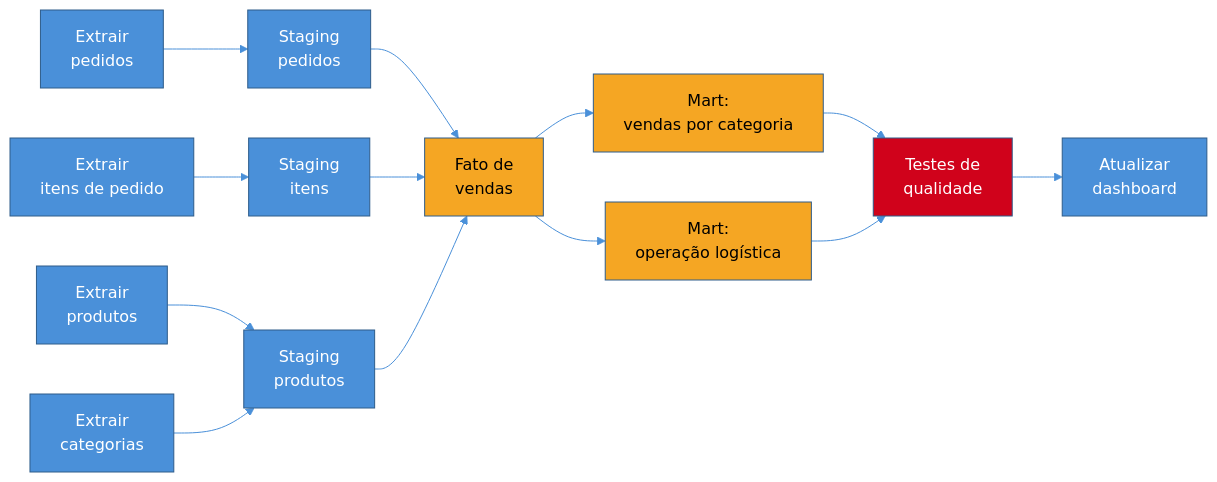
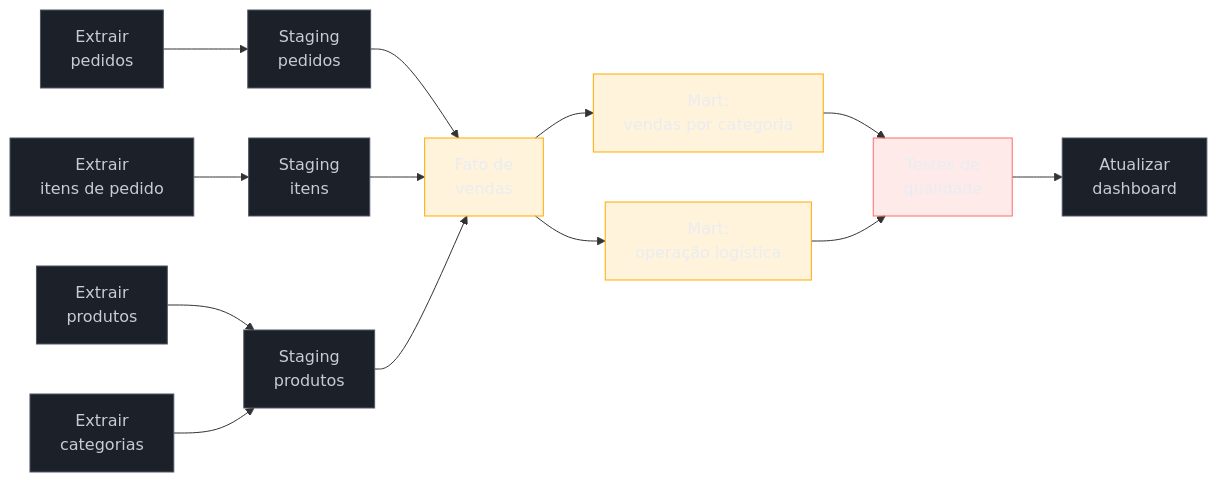
The diagram in 03-Dominios/Engenharia/Dados/3 - Pipelines - movimentação e transformação/04 - Orquestração.md (josenaldo/codex-technomanticus), drawn with Mermaid before and after one commit. The commit also changed 1181 other files, not shown here.

First line of the commit message:
fix(diagramas): paleta do sistema no lugar de cor cravada no markdown

````diff
--- a/03-Dominios/Engenharia/Dados/3 - Pipelines - movimentação e transformação/04 - Orquestração.md
+++ b/03-Dominios/Engenharia/Dados/3 - Pipelines - movimentação e transformação/04 - Orquestração.md
@@ -59,33 +59,35 @@
 ```mermaid
-%%{init: {"theme": "base", "themeVariables": {"primaryColor": "#4A90D9", "primaryBorderColor": "#2E5C8A", "lineColor": "#4A90D9"}}}%%
 graph LR
+    classDef neutro fill:#1B2029,stroke:#4E5666,color:#C6CCD8
+    classDef destaque fill:#FFAA0024,stroke:#FFAA00,color:#E9ECF2
+    classDef falha fill:#FF6B6B24,stroke:#FF6B6B,color:#E9ECF2
     E1["Extrair<br/>pedidos"] --> S1["Staging<br/>pedidos"]
     E2["Extrair<br/>itens de pedido"] --> S2["Staging<br/>itens"]
     E3["Extrair<br/>produtos"] --> S3["Staging<br/>produtos"]
     E4["Extrair<br/>categorias"] --> S3
 
     S1 --> F["Fato de<br/>vendas"]
     S2 --> F
     S3 --> F
 
     F --> M1["Mart:<br/>vendas por categoria"]
     F --> M2["Mart:<br/>operação logística"]
 
     M1 --> T["Testes de<br/>qualidade"]
     M2 --> T
 
     T --> D["Atualizar<br/>dashboard"]
 
-    style E1 fill:#4A90D9,color:#fff
-    style E2 fill:#4A90D9,color:#fff
-    style E3 fill:#4A90D9,color:#fff
-    style E4 fill:#4A90D9,color:#fff
-    style S1 fill:#4A90D9,color:#fff
-    style S2 fill:#4A90D9,color:#fff
-    style S3 fill:#4A90D9,color:#fff
-    style F fill:#F5A623,color:#000
-    style M1 fill:#F5A623,color:#000
-    style M2 fill:#F5A623,color:#000
-    style T fill:#D0021B,color:#fff
-    style D fill:#4A90D9,color:#fff
+    class E1 neutro
+    class E2 neutro
+    class E3 neutro
+    class E4 neutro
+    class S1 neutro
+    class S2 neutro
+    class S3 neutro
+    class F destaque
+    class M1 destaque
+    class M2 destaque
+    class T falha
+    class D neutro
 ```
````
